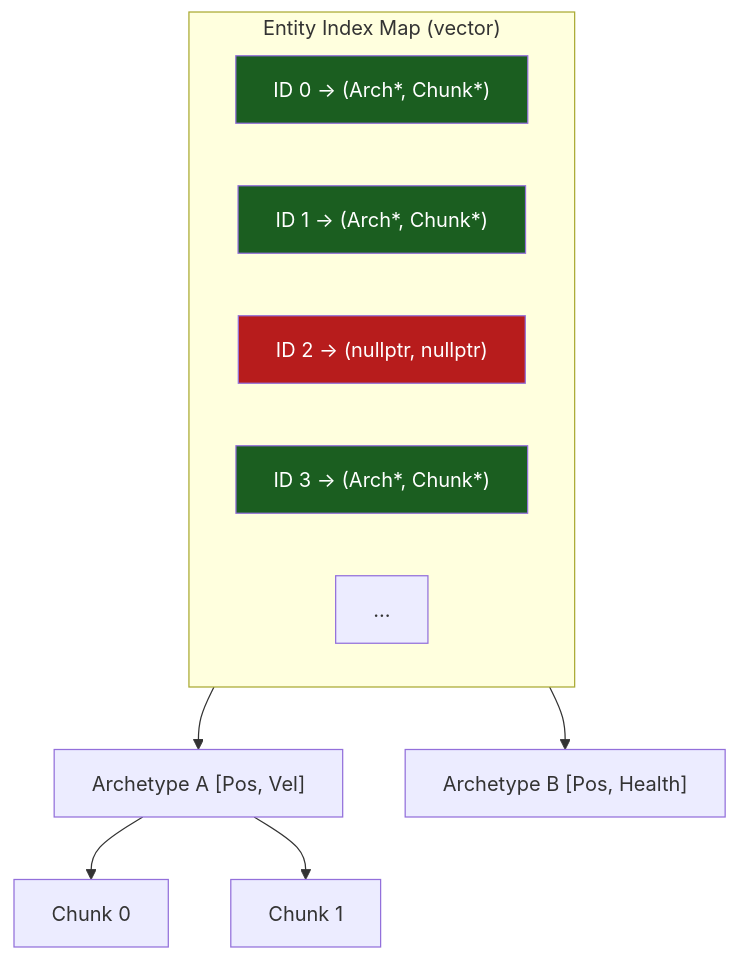
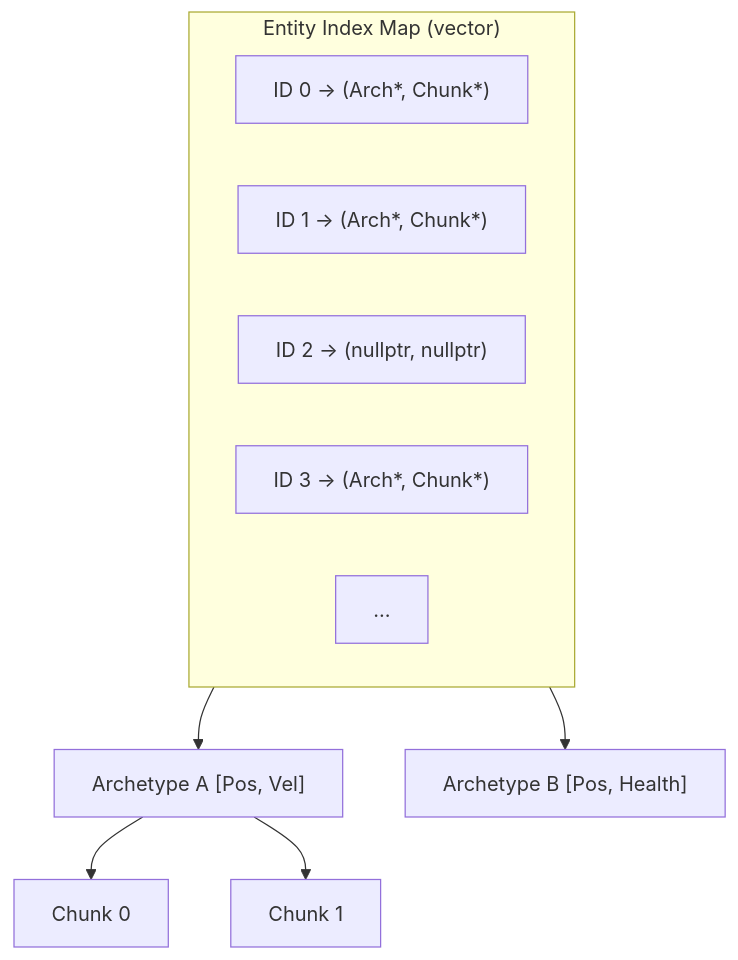
The third of 4 diagrams in docs/concepts/memory-layout.md (gilmar-sales/Freyr), drawn with Mermaid before and after one commit. The commit also changed other lines of this file and 8 other files, not shown here.

Commit message:
docs(diagrams): remove mermaid diagram styling directives

````diff
--- a/docs/concepts/memory-layout.md
+++ b/docs/concepts/memory-layout.md
@@ -177,21 +173,17 @@
 ```mermaid
 graph TB
     subgraph Index["Entity Index Map (vector)"]
         E0["ID 0 → (Arch*, Chunk*)"]
         E1["ID 1 → (Arch*, Chunk*)"]
         E2["ID 2 → (nullptr, nullptr)"]
         E3["ID 3 → (Arch*, Chunk*)"]
         E4["..."]
     end
 
     Index --> A1["Archetype A [Pos, Vel]"]
     Index --> A2["Archetype B [Pos, Health]"]
 
     A1 --> C0["Chunk 0"]
     A1 --> C1["Chunk 1"]
 
-    style E0 fill:#1B5E20,color:#fff
-    style E1 fill:#1B5E20,color:#fff
-    style E2 fill:#B71C1C,color:#fff
-    style E3 fill:#1B5E20,color:#fff
 ```
````
